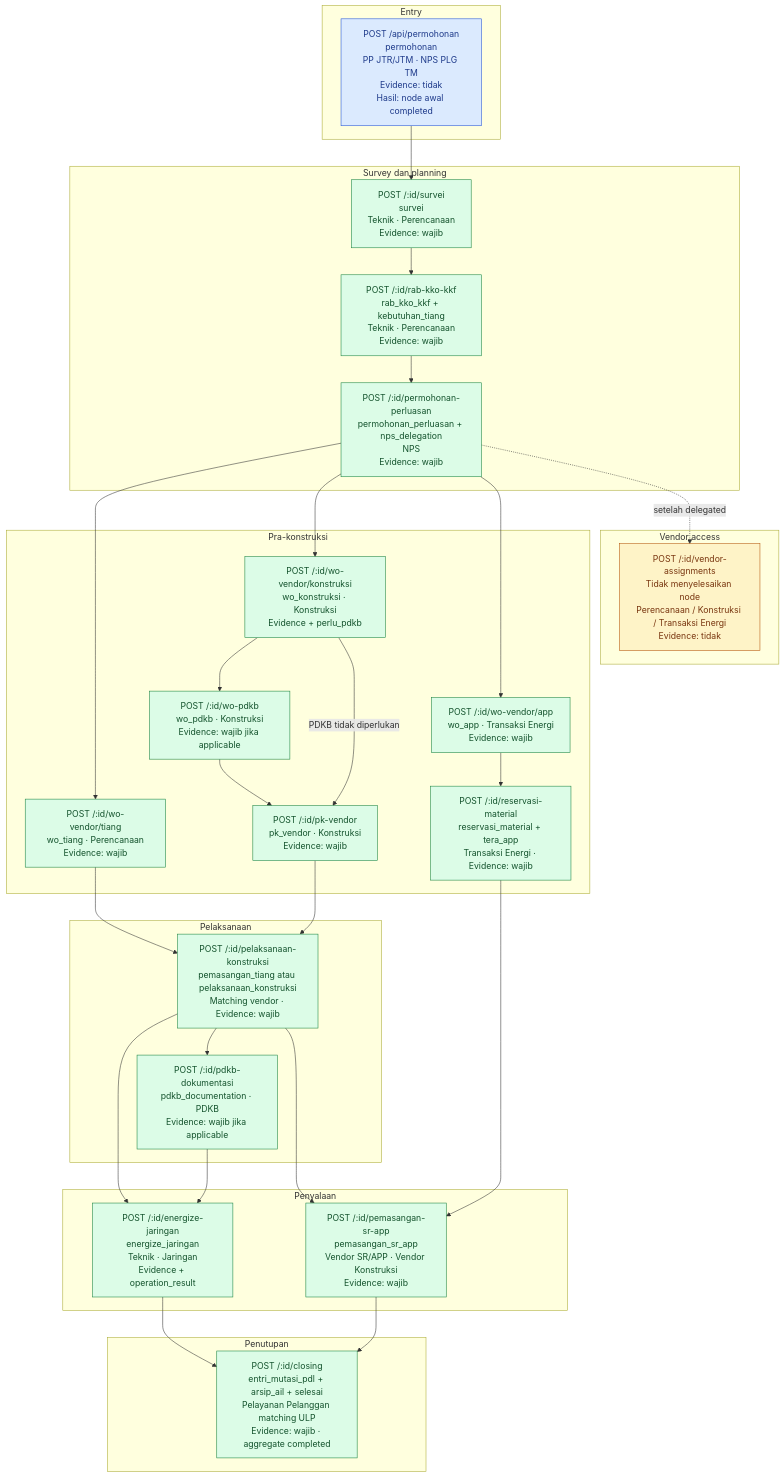
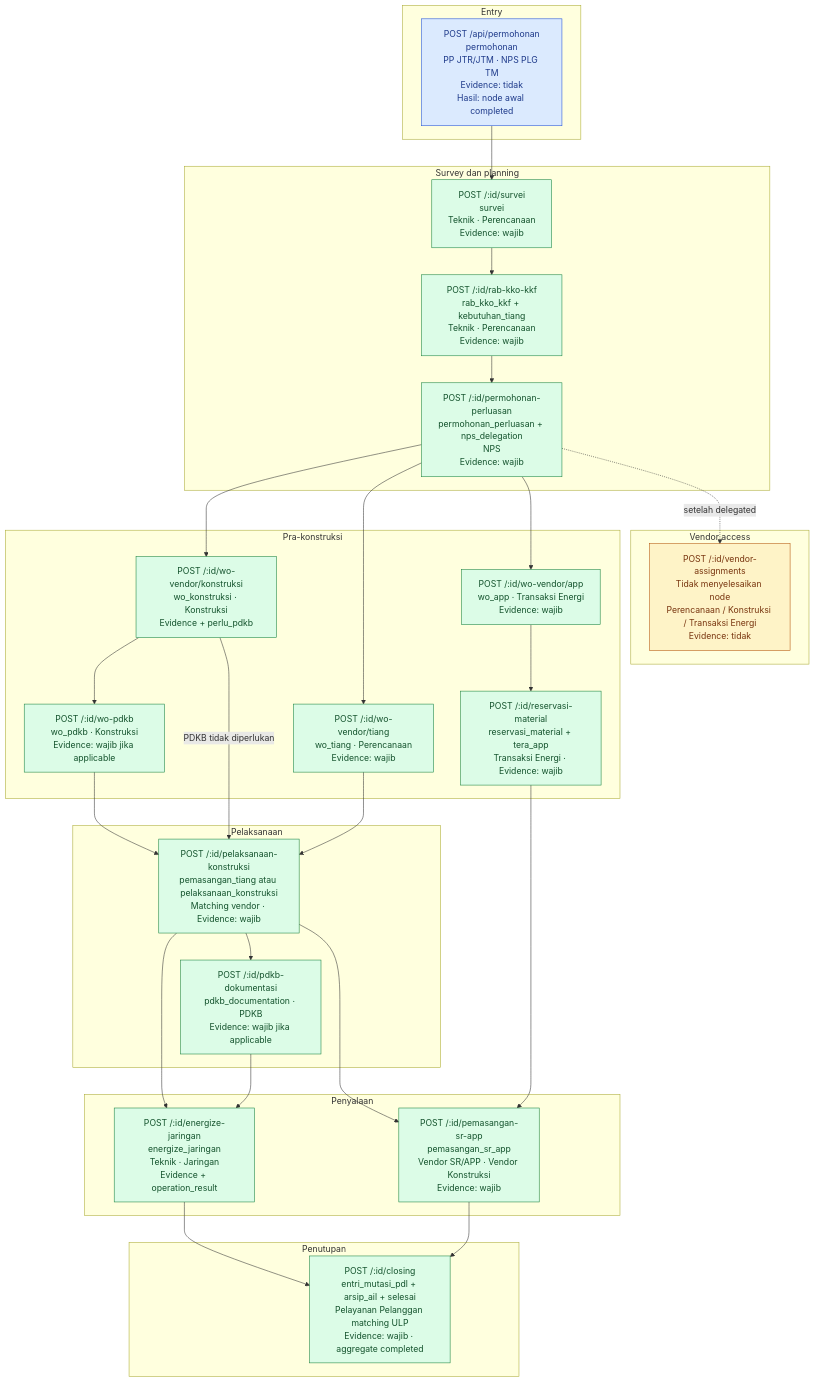
One commit to pln-colabora/colabora-be changed the diagram in docs/architecture/diagrams/08-api-action-map.md. Above: the diagram before and after it, drawn with Mermaid. The commit also changed 29 other files, not shown here.

````diff
--- a/docs/architecture/diagrams/08-api-action-map.md
+++ b/docs/architecture/diagrams/08-api-action-map.md
@@ -6,58 +6,56 @@
 ```mermaid
 flowchart TB
   classDef create fill:#dbeafe,stroke:#1d4ed8,color:#1e3a8a
   classDef evidence fill:#dcfce7,stroke:#15803d,color:#14532d
   classDef assignment fill:#fef3c7,stroke:#b45309,color:#78350f
 
   subgraph ENTRY["Entry"]
     create_req["POST /api/permohonan<br/>permohonan<br/>PP JTR/JTM · NPS PLG TM<br/>Evidence: tidak<br/>Hasil: node awal completed"]
   end
   subgraph S2S3["Survey dan planning"]
     survey["POST /:id/survei<br/>survei<br/>Teknik · Perencanaan<br/>Evidence: wajib"]
     rab["POST /:id/rab-kko-kkf<br/>rab_kko_kkf + kebutuhan_tiang<br/>Teknik · Perencanaan<br/>Evidence: wajib"]
     expansion["POST /:id/permohonan-perluasan<br/>permohonan_perluasan + nps_delegation<br/>NPS<br/>Evidence: wajib"]
   end
   subgraph ASSIGN["Vendor access"]
     assignment_req["POST /:id/vendor-assignments<br/>Tidak menyelesaikan node<br/>Perencanaan / Konstruksi / Transaksi Energi<br/>Evidence: tidak"]
   end
   subgraph S4["Pra-konstruksi"]
     wotiang["POST /:id/wo-vendor/tiang<br/>wo_tiang · Perencanaan<br/>Evidence: wajib"]
     wokonstruksi["POST /:id/wo-vendor/konstruksi<br/>wo_konstruksi · Konstruksi<br/>Evidence + perlu_pdkb"]
     woapp["POST /:id/wo-vendor/app<br/>wo_app · Transaksi Energi<br/>Evidence: wajib"]
     reservasi["POST /:id/reservasi-material<br/>reservasi_material + tera_app<br/>Transaksi Energi · Evidence: wajib"]
     wopdkb["POST /:id/wo-pdkb<br/>wo_pdkb · Konstruksi<br/>Evidence: wajib jika applicable"]
-    pkvendor["POST /:id/pk-vendor<br/>pk_vendor · Konstruksi<br/>Evidence: wajib"]
   end
   subgraph S5["Pelaksanaan"]
     construction["POST /:id/pelaksanaan-konstruksi<br/>pemasangan_tiang atau pelaksanaan_konstruksi<br/>Matching vendor · Evidence: wajib"]
     pdkbdoc["POST /:id/pdkb-dokumentasi<br/>pdkb_documentation · PDKB<br/>Evidence: wajib jika applicable"]
   end
   subgraph S6["Penyalaan"]
     energize["POST /:id/energize-jaringan<br/>energize_jaringan<br/>Teknik · Jaringan<br/>Evidence + operation_result"]
     srapp["POST /:id/pemasangan-sr-app<br/>pemasangan_sr_app<br/>Vendor SR/APP · Vendor Konstruksi<br/>Evidence: wajib"]
   end
   subgraph S7["Penutupan"]
     closing["POST /:id/closing<br/>entri_mutasi_pdl + arsip_ail + selesai<br/>Pelayanan Pelanggan matching ULP<br/>Evidence: wajib · aggregate completed"]
   end
 
   create_req --> survey --> rab --> expansion
   expansion -. setelah delegated .-> assignment_req
   expansion --> wotiang
   expansion --> wokonstruksi
   expansion --> woapp --> reservasi
-  wokonstruksi --> wopdkb --> pkvendor
-  wokonstruksi -->|PDKB tidak diperlukan| pkvendor
+  wokonstruksi --> wopdkb --> construction
+  wokonstruksi -->|PDKB tidak diperlukan| construction
   wotiang --> construction
-  pkvendor --> construction
   construction --> pdkbdoc
   construction --> energize
   pdkbdoc --> energize
   construction --> srapp
   reservasi --> srapp
   energize --> closing
   srapp --> closing
 
   class create_req create
-  class survey,rab,expansion,wotiang,wokonstruksi,woapp,reservasi,wopdkb,pkvendor,construction,pdkbdoc,energize,srapp,closing evidence
+  class survey,rab,expansion,wotiang,wokonstruksi,woapp,reservasi,wopdkb,construction,pdkbdoc,energize,srapp,closing evidence
   class assignment_req assignment
 ```
````
